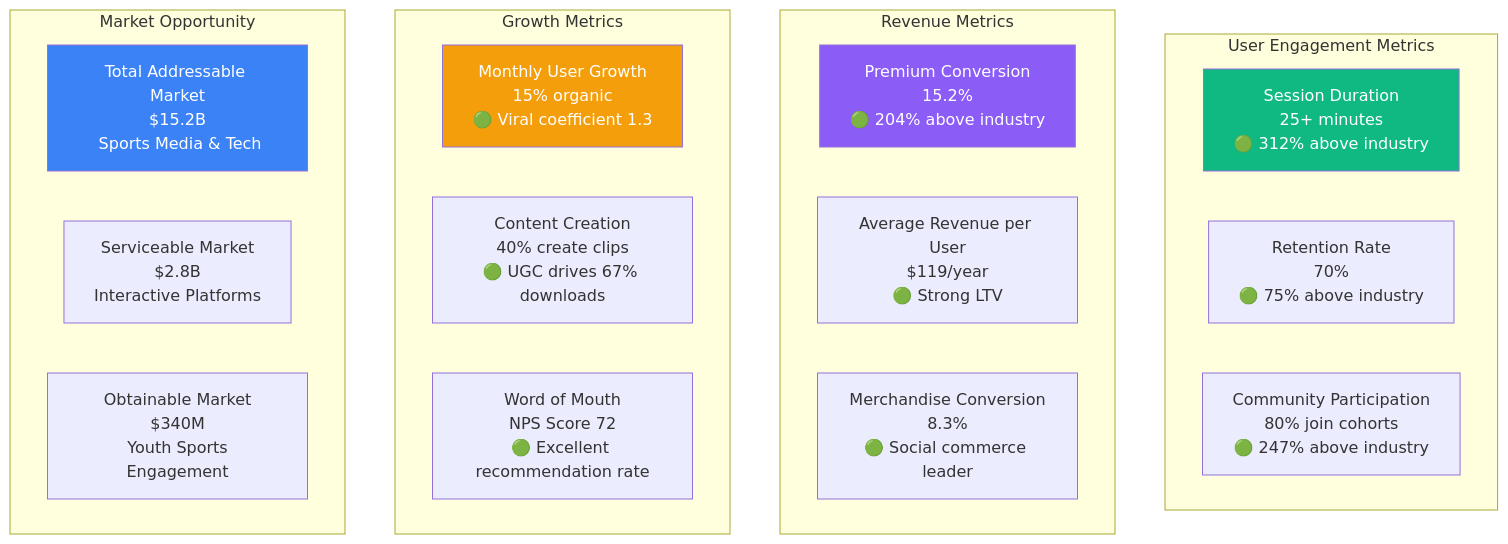
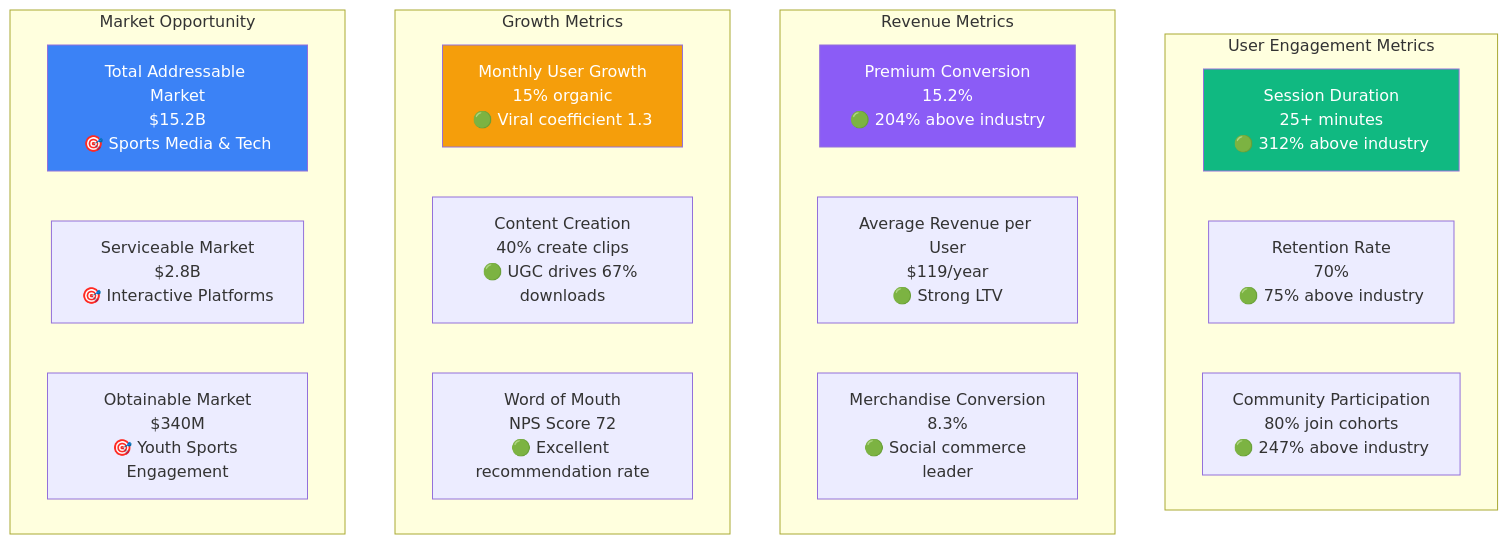
The ninth of 9 diagrams in docs/investor-flows.md (SkaFld-Ignite/ref-u-wireframes), drawn with Mermaid before and after one commit. The commit also changed other lines of this file and 2 other files, not shown here.

Commit message:
Restore proper emojis and add back colors to Mermaid flow charts

````diff
--- a/docs/investor-flows.md
+++ b/docs/investor-flows.md
@@ -386,31 +388,31 @@
 ```mermaid
 graph TB
     subgraph "User Engagement Metrics"
         A1[Session Duration<br/>25+ minutes<br/>🟢 312% above industry]
         A2[Retention Rate<br/>70%<br/>🟢 75% above industry]
         A3[Community Participation<br/>80% join cohorts<br/>🟢 247% above industry]
     end
     
     subgraph "Revenue Metrics"
         B1[Premium Conversion<br/>15.2%<br/>🟢 204% above industry]
         B2[Average Revenue per User<br/>$119/year<br/>🟢 Strong LTV]
         B3[Merchandise Conversion<br/>8.3%<br/>🟢 Social commerce leader]
     end
     
     subgraph "Growth Metrics"
         C1[Monthly User Growth<br/>15% organic<br/>🟢 Viral coefficient 1.3]
         C2[Content Creation<br/>40% create clips<br/>🟢 UGC drives 67% downloads]
         C3[Word of Mouth<br/>NPS Score 72<br/>🟢 Excellent recommendation rate]
     end
     
     subgraph "Market Opportunity"
-        D1[Total Addressable Market<br/>$15.2B<br/> Sports Media & Tech]
-        D2[Serviceable Market<br/>$2.8B<br/> Interactive Platforms]
-        D3[Obtainable Market<br/>$340M<br/> Youth Sports Engagement]
+        D1[Total Addressable Market<br/>$15.2B<br/>🎯 Sports Media & Tech]
+        D2[Serviceable Market<br/>$2.8B<br/>🎯 Interactive Platforms]
+        D3[Obtainable Market<br/>$340M<br/>🎯 Youth Sports Engagement]
     end
     
     style A1 fill:#10b981,color:white
     style B1 fill:#8b5cf6,color:white
     style C1 fill:#f59e0b,color:white
     style D1 fill:#3b82f6,color:white
 ```
````
